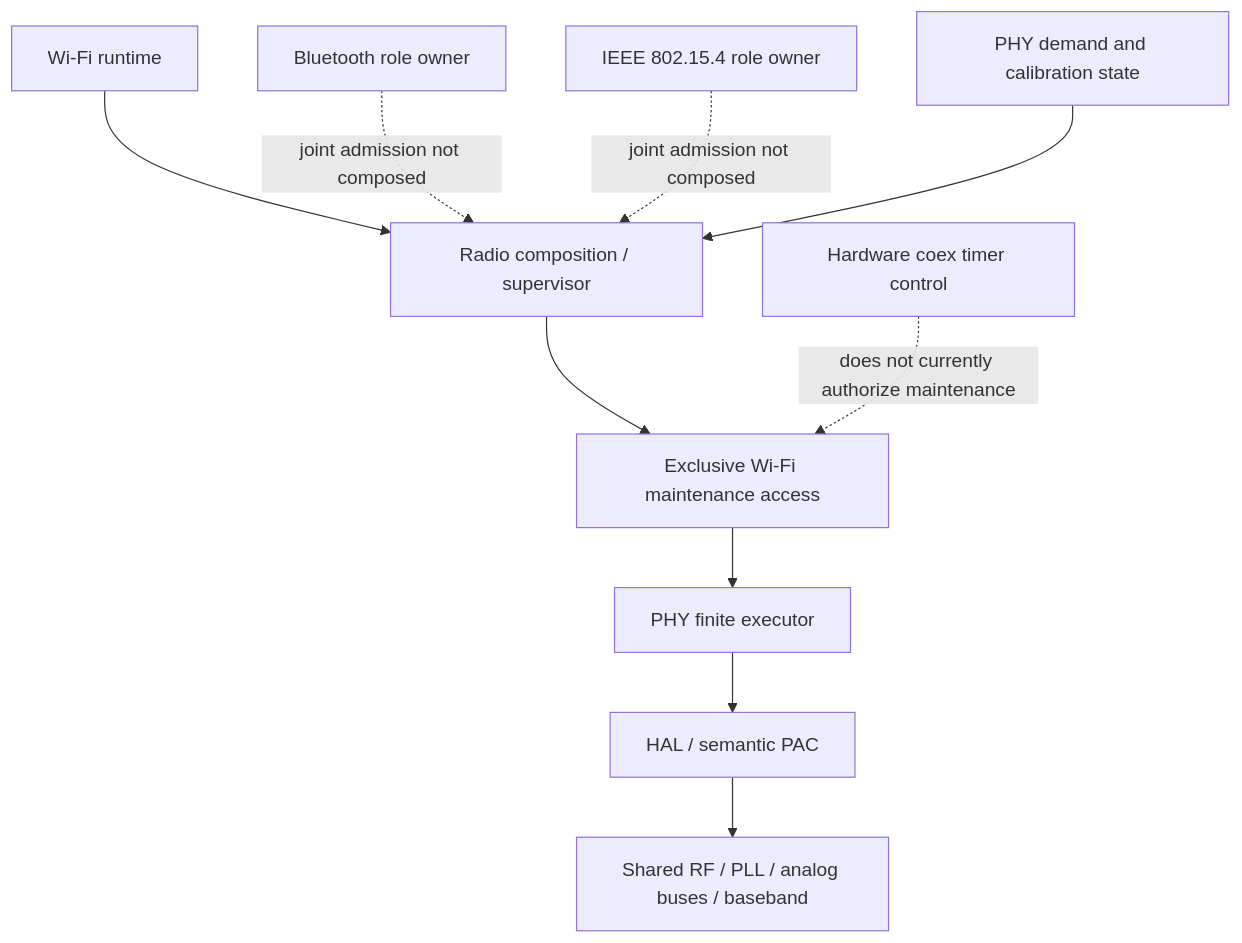
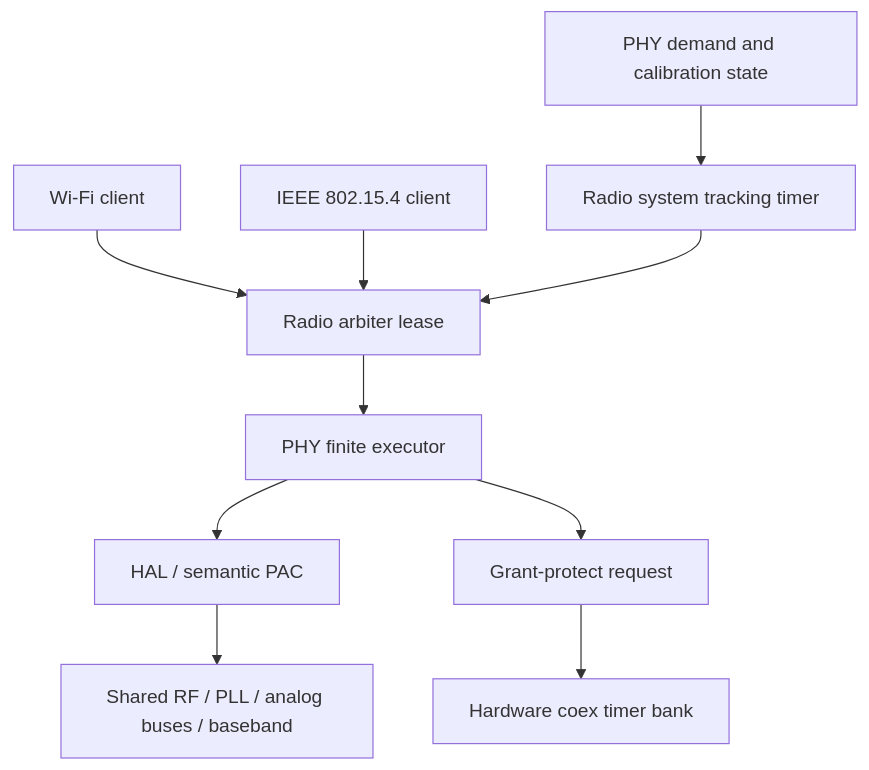
One commit to ermacv/open-esp-radio-rs changed the second of 3 diagrams in crates/hardware/esp32s31/phy/README.md. Above: the diagram before and after it, drawn with Mermaid. The commit also changed other lines of this file and 64 other files, not shown here.

````diff
--- a/crates/hardware/esp32s31/phy/README.md
+++ b/crates/hardware/esp32s31/phy/README.md
@@ -79,12 +78,12 @@
 ```mermaid
 flowchart TD
-    W[Wi-Fi runtime] --> S[Radio composition / supervisor]
-    B[Bluetooth role owner] -. joint admission not composed .-> S
-    Z[IEEE 802.15.4 role owner] -. joint admission not composed .-> S
-    P[PHY demand and calibration state] --> S
-    S --> A[Exclusive Wi-Fi maintenance access]
-    A --> E[PHY finite executor]
+    W[Wi-Fi client] --> L[Radio arbiter lease]
+    Z[IEEE 802.15.4 client] --> L
+    T[Radio system tracking timer] --> L
+    P[PHY demand and calibration state] --> T
+    L --> E[PHY finite executor]
     E --> H[HAL / semantic PAC]
     H --> RF[Shared RF / PLL / analog buses / baseband]
-    C[Hardware coex timer control] -. does not currently authorize maintenance .-> A
+    E --> G[Grant-protect request]
+    G --> C[Hardware coex timer bank]
 ```
````
